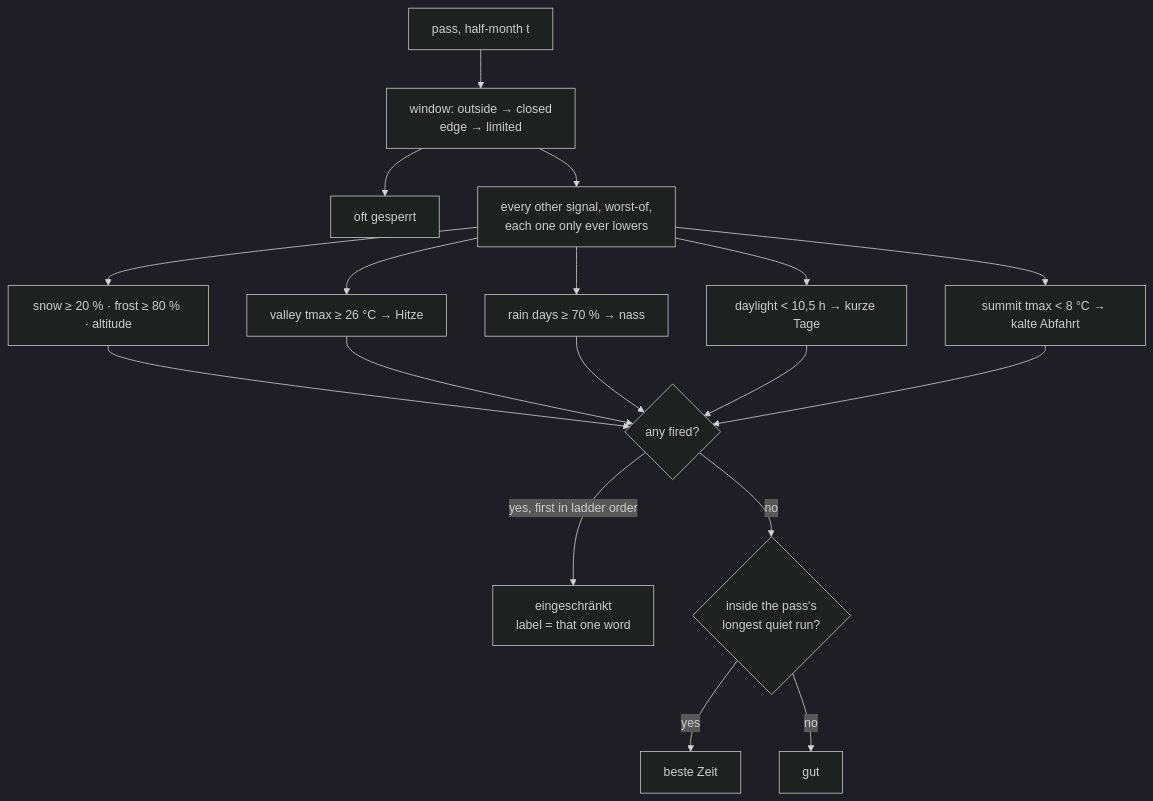
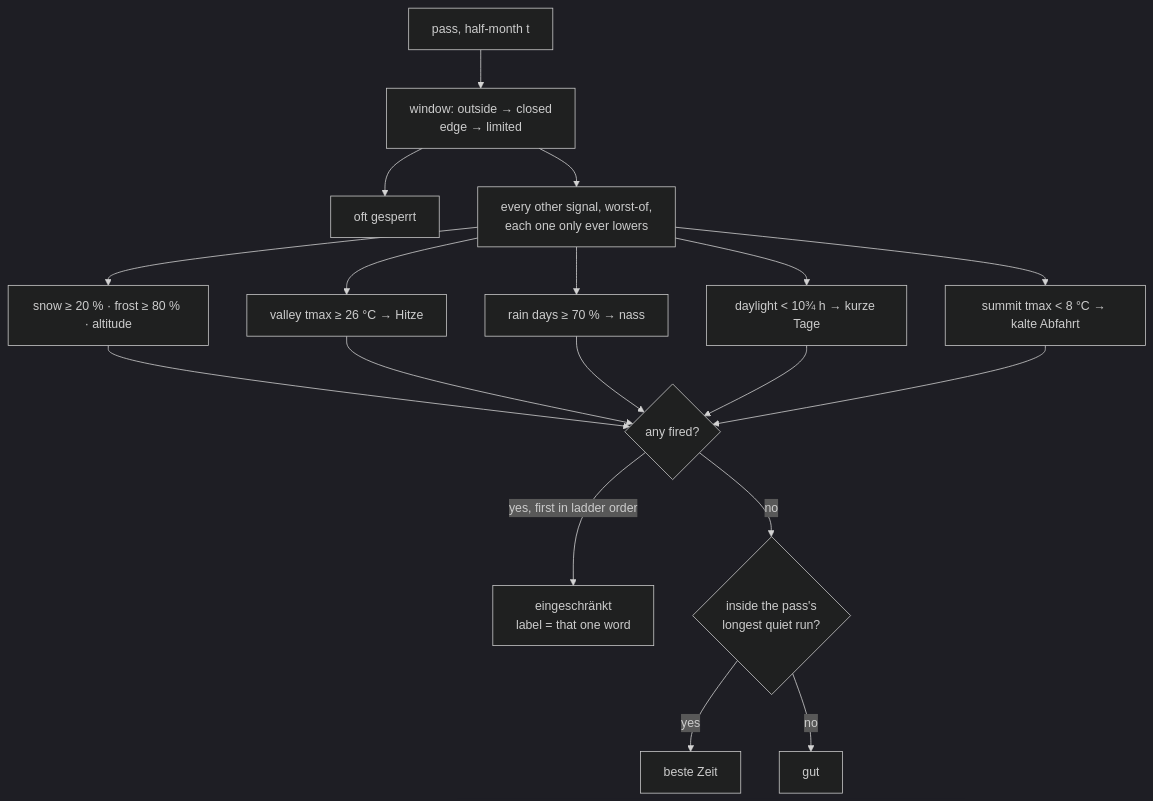
Before and after one commit to mdugue/alpen: the second of 2 diagrams in docs/plans/13-summer-axis.md, drawn with Mermaid (dark theme). The commit also changed other lines of this file and 28 other files, not shown here.

````diff
--- a/docs/plans/13-summer-axis.md
+++ b/docs/plans/13-summer-axis.md
@@ -79,16 +79,16 @@
 ```mermaid
 flowchart TD
   A["pass, half-month t"] --> W["window: outside → closed<br/>edge → limited"]
   W --> X["oft gesperrt"]
   W --> S["every other signal, worst-of,<br/>each one only ever lowers"]
   S --> S1["snow ≥ 20 % · frost ≥ 80 % · altitude"]
   S --> S2["valley tmax ≥ 26 °C → Hitze"]
   S --> S3["rain days ≥ 70 % → nass"]
-  S --> S4["daylight < 10,5 h → kurze Tage"]
+  S --> S4["daylight < 10¾ h → kurze Tage"]
   S --> S5["summit tmax < 8 °C → kalte Abfahrt"]
   S1 & S2 & S3 & S4 & S5 --> L{"any fired?"}
   L -- "yes, first in ladder order" --> R["eingeschränkt<br/>label = that one word"]
   L -- "no" --> G{"inside the pass's<br/>longest quiet run?"}
   G -- "yes" --> B["beste Zeit"]
   G -- "no" --> O["gut"]
 ```
````
